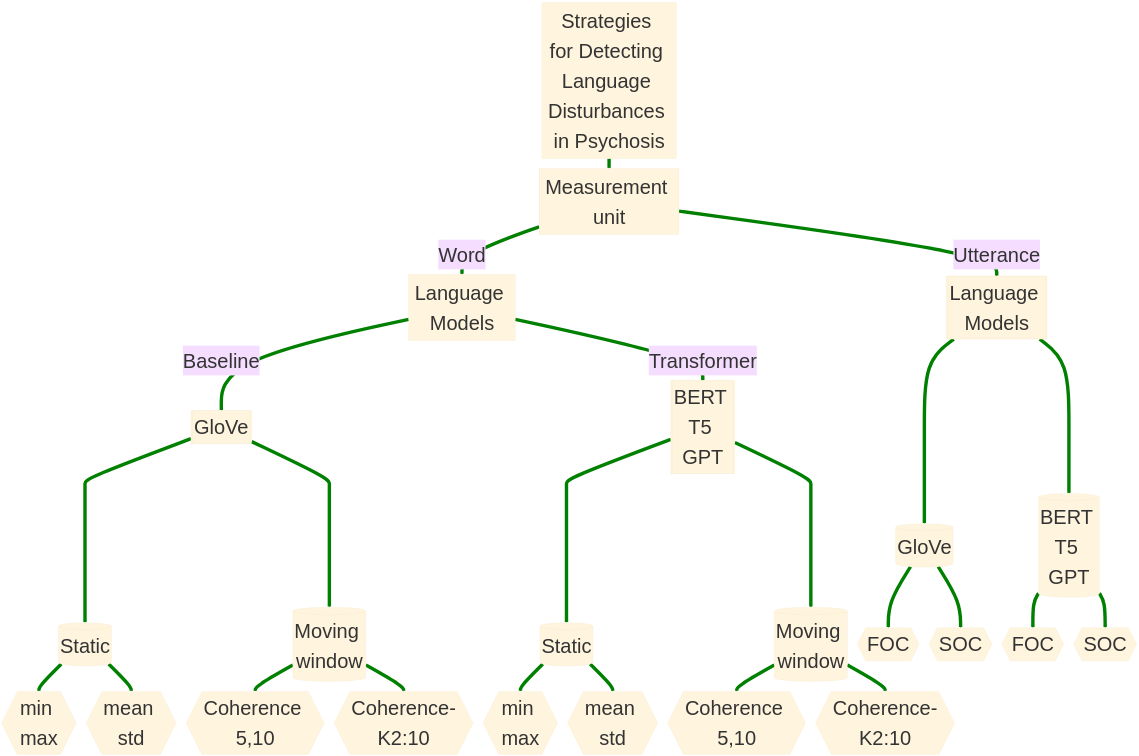
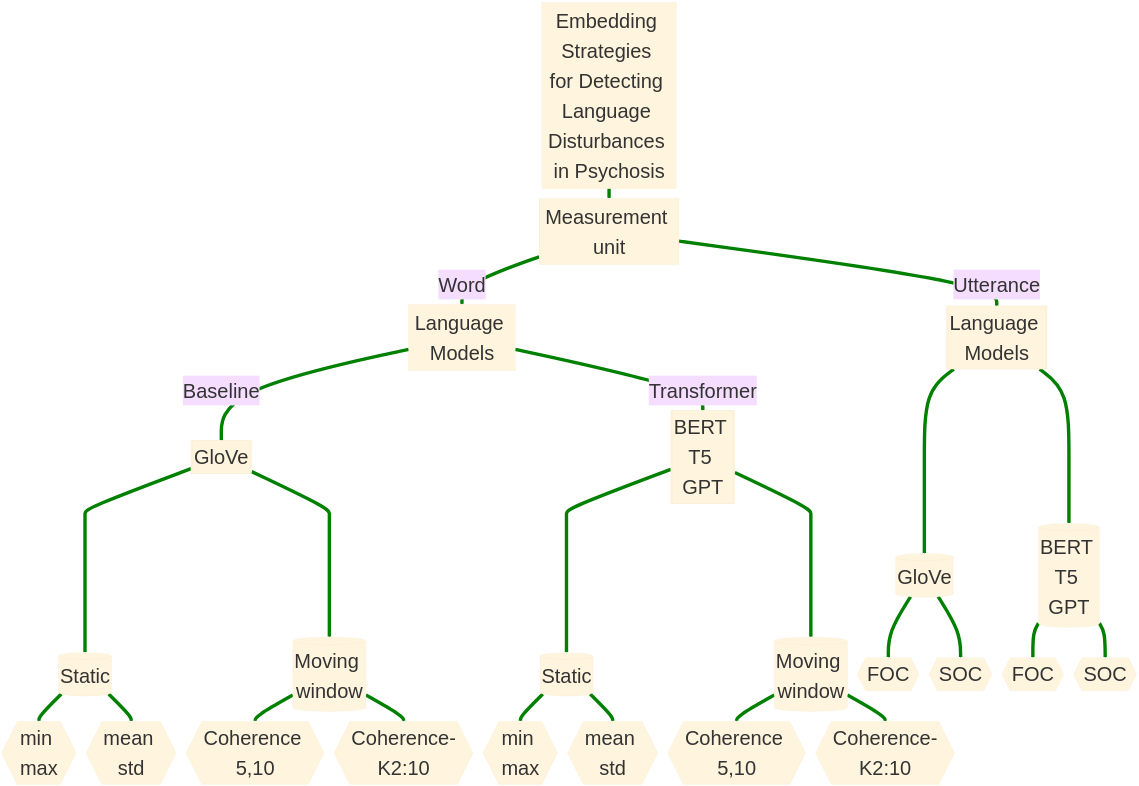
Before and after one commit to yancong222/SSD-LM-STanglab: the first of 2 diagrams in README.md, drawn with Mermaid.

````diff
--- a/README.md
+++ b/README.md
@@ -5,50 +5,50 @@
 ```mermaid
 %%{init: {'theme': 'base', 'themeVariables': { 'fontSize': '100px'}}}%%
 flowchart TD
-    A[Strategies for Detecting Language Disturbances in Psychosis] ==> B[Measurement unit]
+    A[Embedding Strategies for Detecting Language Disturbances in Psychosis] ==> B[Measurement unit]
     B == Word ==> C[Language Models]
     C == Baseline ==> D[[GloVe]] ====> G[(Static)]
     G ==> J{{min max}}
     G ==> K{{mean std}}
     D ====> P[(Moving window)]
     P ==> Q{{Coherence 5,10}}
     P ==> R{{Coherence-K2:10}}
     C == Transformer ==> E[[BERT T5 GPT]] ====> H[(Static)]
     H ==> L{{min max}}
     H ==> M{{mean std}}
     E ====> S[(Moving window)]
     S ==> T{{Coherence 5,10}}
     S ==> U{{Coherence-K2:10}}
     B == Utterance ==> F[[Language Models]] ====> I[(GloVe)]
     I ==> N{{FOC}}
     I ==> O{{SOC}}
     F ====> V[(BERT T5 GPT)]
     V ==> W{{FOC}}
     V ==> X{{SOC}}
     
     
     linkStyle 0 stroke-width:17px,fill:none,stroke:green;
     linkStyle 1 stroke-width:17px,fill:none,stroke:green;
     linkStyle 2 stroke-width:17px,fill:none,stroke:green;
     linkStyle 3 stroke-width:17px,fill:none,stroke:green;
     linkStyle 4 stroke-width:17px,fill:none,stroke:green;
     linkStyle 5 stroke-width:17px,fill:none,stroke:green;
     linkStyle 6 stroke-width:17px,fill:none,stroke:green;
     linkStyle 7 stroke-width:17px,fill:none,stroke:green;
     linkStyle 8 stroke-width:17px,fill:none,stroke:green;
     linkStyle 9 stroke-width:17px,fill:none,stroke:green;
     linkStyle 10 stroke-width:17px,fill:none,stroke:green;
     linkStyle 11 stroke-width:17px,fill:none,stroke:green;
     linkStyle 12 stroke-width:17px,fill:none,stroke:green;
     linkStyle 13 stroke-width:17px,fill:none,stroke:green;
     linkStyle 14 stroke-width:17px,fill:none,stroke:green;
     linkStyle 15 stroke-width:17px,fill:none,stroke:green;
     linkStyle 16 stroke-width:17px,fill:none,stroke:green;
     linkStyle 17 stroke-width:17px,fill:none,stroke:green;
     linkStyle 18 stroke-width:17px,fill:none,stroke:green;
     linkStyle 19 stroke-width:17px,fill:none,stroke:green;
     linkStyle 20 stroke-width:17px,fill:none,stroke:green;
     linkStyle 21 stroke-width:17px,fill:none,stroke:green;
     linkStyle 22 stroke-width:17px,fill:none,stroke:green;
     
 ```
````
